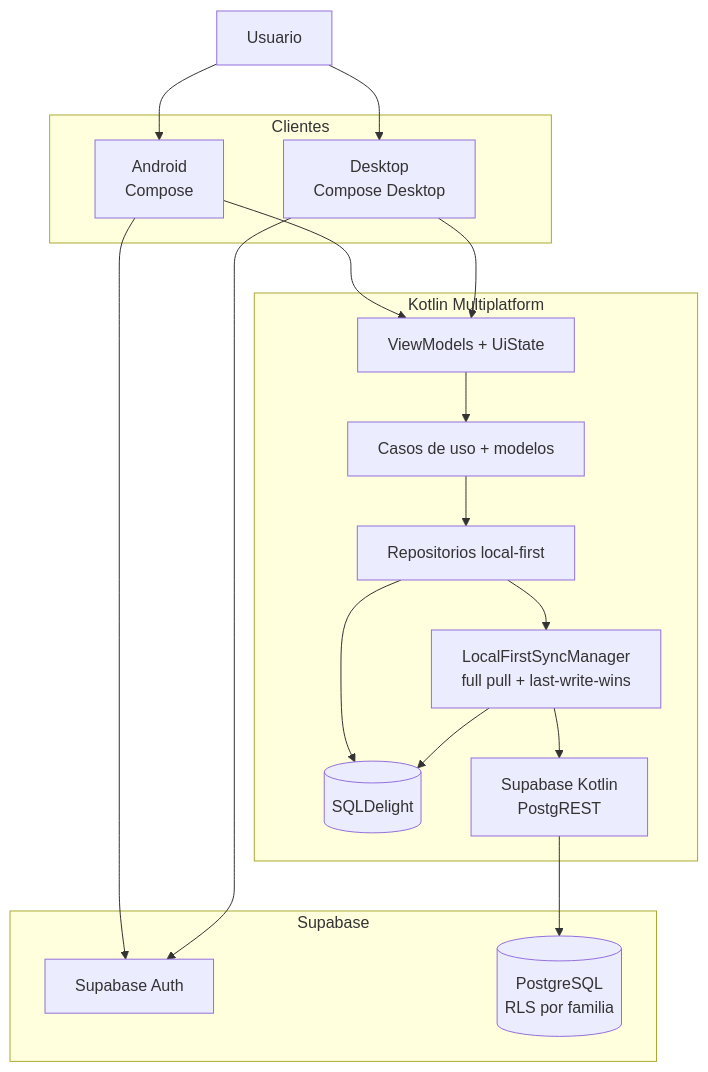
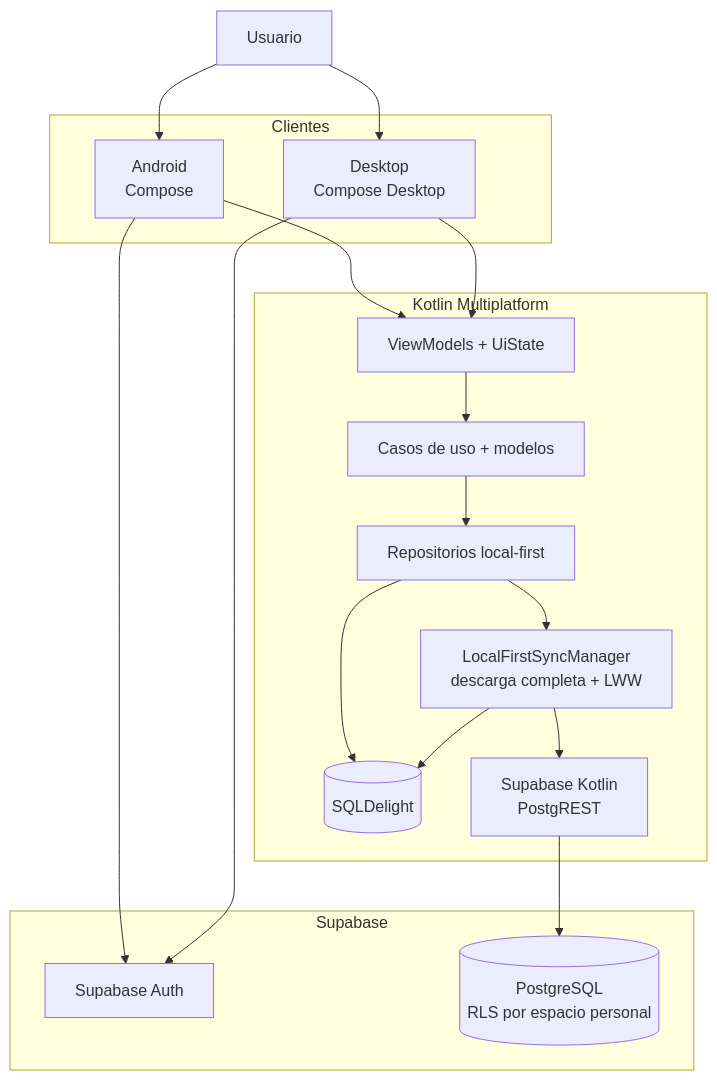
One commit to asensiodev/Carbura changed the first of 3 diagrams in readme.md. Above: the diagram before and after it, drawn with Mermaid. The commit also changed other lines of this file and 5 other files, not shown here.

````diff
--- a/readme.md
+++ b/readme.md
@@ -168,37 +145,37 @@
 ```mermaid
 flowchart TD
     User[Usuario]
 
     subgraph Clients[Clientes]
-        Android[Android\nCompose]
-        Desktop[Desktop\nCompose Desktop]
+        Android["Android<br/>Compose"]
+        Desktop["Desktop<br/>Compose Desktop"]
     end
 
     subgraph Shared[Kotlin Multiplatform]
         Presentation[ViewModels + UiState]
         Domain[Casos de uso + modelos]
         Repositories[Repositorios local-first]
-        Sync[LocalFirstSyncManager\nfull pull + last-write-wins]
+        Sync["LocalFirstSyncManager<br/>descarga completa + LWW"]
         Local[(SQLDelight)]
-        Remote[Supabase Kotlin\nPostgREST]
+        Remote["Supabase Kotlin<br/>PostgREST"]
     end
 
     subgraph Backend[Supabase]
         Auth[Supabase Auth]
-        DB[(PostgreSQL\nRLS por familia)]
+        DB[("PostgreSQL<br/>RLS por espacio personal")]
     end
 
     User --> Android
     User --> Desktop
     Android --> Presentation
     Desktop --> Presentation
     Presentation --> Domain
     Domain --> Repositories
     Repositories --> Local
     Repositories --> Sync
     Sync --> Local
     Sync --> Remote
     Android --> Auth
     Desktop --> Auth
     Remote --> DB
 ```
````
